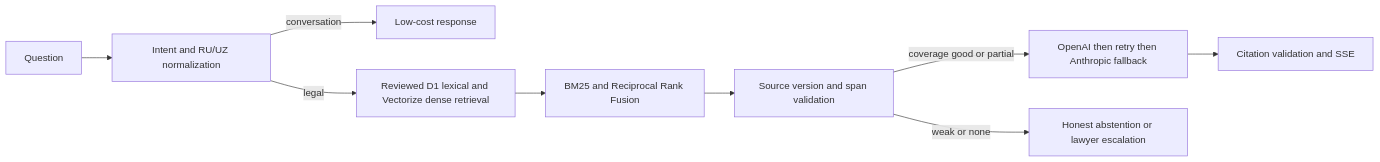
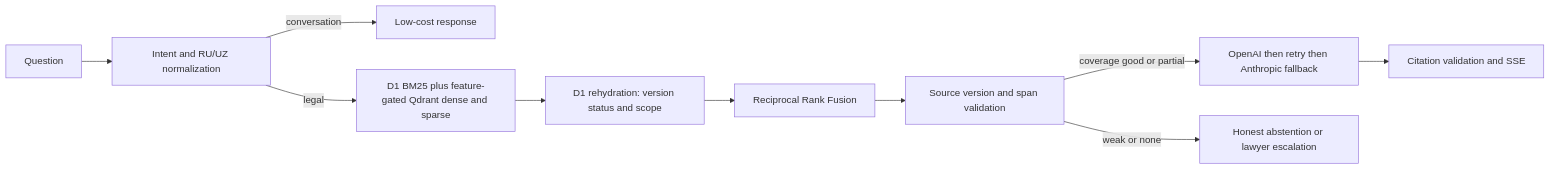
Before and after one commit to MoozUpus/juro: the diagram in docs/integrations/huquq-ai/ARCHITECTURE.md, drawn with Mermaid. The commit also changed other lines of this file and 28 other files, not shown here.

Commit message:
feat: add gated qdrant hybrid corpus retrieval

````diff
--- a/docs/integrations/huquq-ai/ARCHITECTURE.md
+++ b/docs/integrations/huquq-ai/ARCHITECTURE.md
@@ -3,11 +3,12 @@
 ```mermaid
 flowchart LR
   Q[Question] --> P[Intent and RU/UZ normalization]
   P -->|conversation| C[Low-cost response]
-  P -->|legal| R[Reviewed D1 lexical and Vectorize dense retrieval]
-  R --> F[BM25 and Reciprocal Rank Fusion]
+  P -->|legal| R[D1 BM25 plus feature-gated Qdrant dense and sparse]
+  R --> H[D1 rehydration: version status and scope]
+  H --> F[Reciprocal Rank Fusion]
   F --> V[Source version and span validation]
   V -->|coverage good or partial| G[OpenAI then retry then Anthropic fallback]
   V -->|weak or none| A[Honest abstention or lawyer escalation]
   G --> CITE[Citation validation and SSE]
 ```
````
